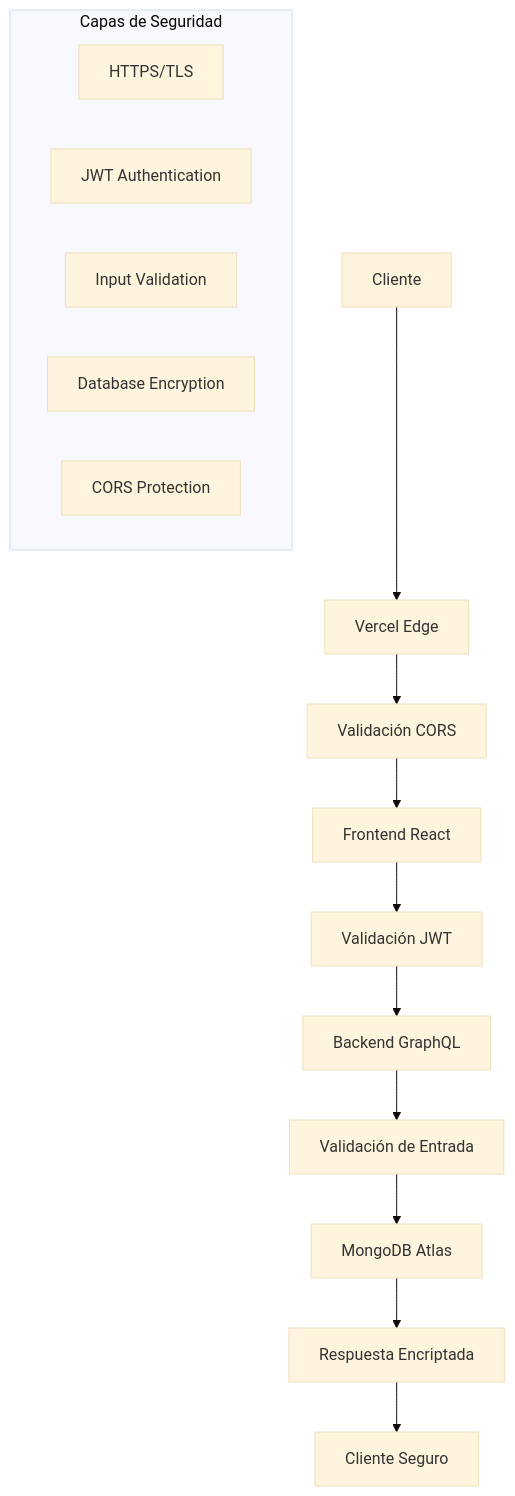
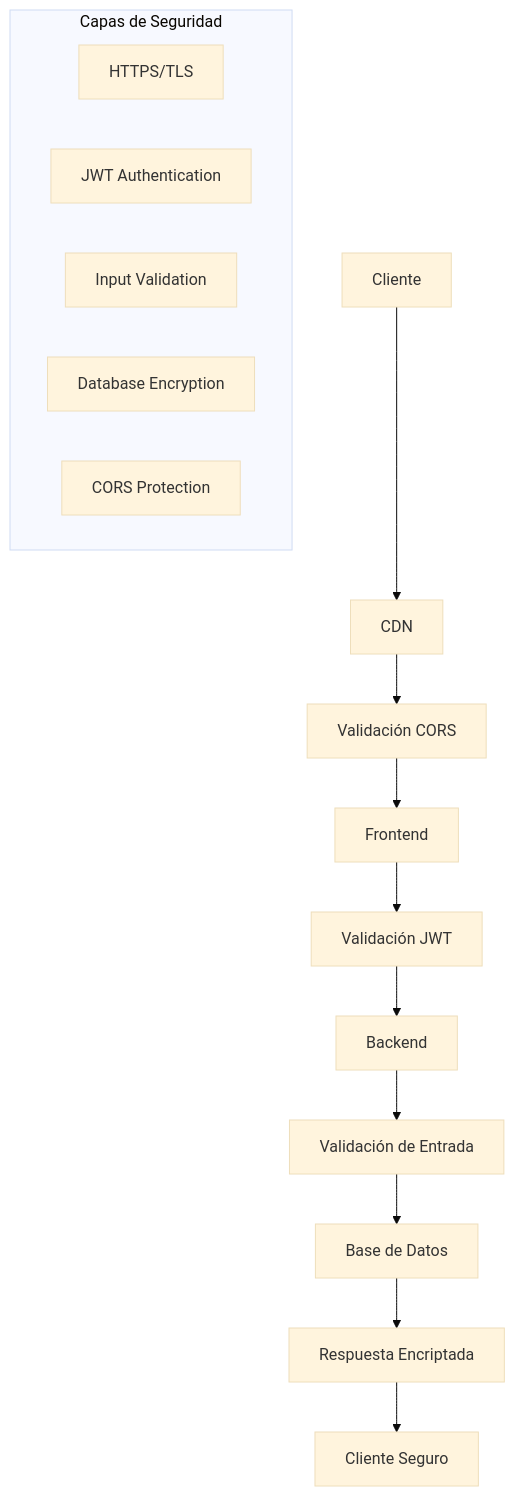
Before and after one commit to Rolf-droid/modulo-requerimiento: the third of 3 diagrams in Diagrama-red.md, drawn with Mermaid (base theme). The commit also changed other lines of this file, not shown here.

````diff
--- a/Diagrama-red.md
+++ b/Diagrama-red.md
@@ -222,20 +99,20 @@
 ```mermaid
 graph TD
-    A[Cliente] --> B[Vercel Edge]
+    A[Cliente] --> B[CDN]
     B --> C[Validación CORS]
-    C --> D[Frontend React]
+    C --> D[Frontend]
     D --> E[Validación JWT]
-    E --> F[Backend GraphQL]
+    E --> F[Backend]
     F --> G[Validación de Entrada]
-    G --> H[MongoDB Atlas]
+    G --> H[Base de Datos]
     H --> I[Respuesta Encriptada]
     I --> J[Cliente Seguro]
 
     subgraph "Capas de Seguridad"
         K[HTTPS/TLS]
         L[JWT Authentication]
         M[Input Validation]
         N[Database Encryption]
         O[CORS Protection]
     end
 ```
````
